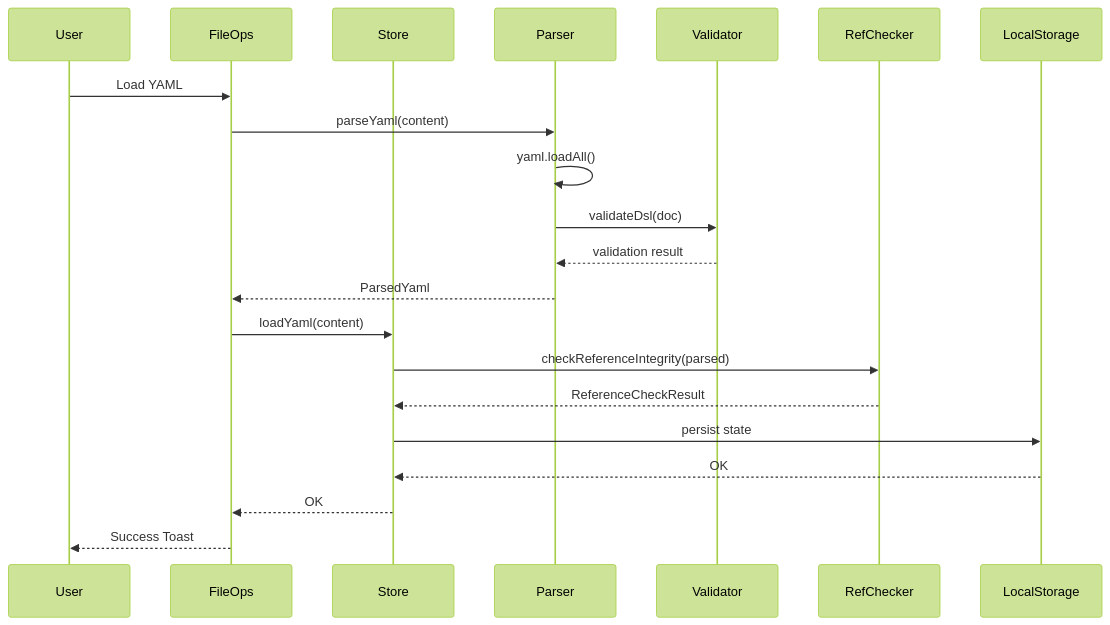
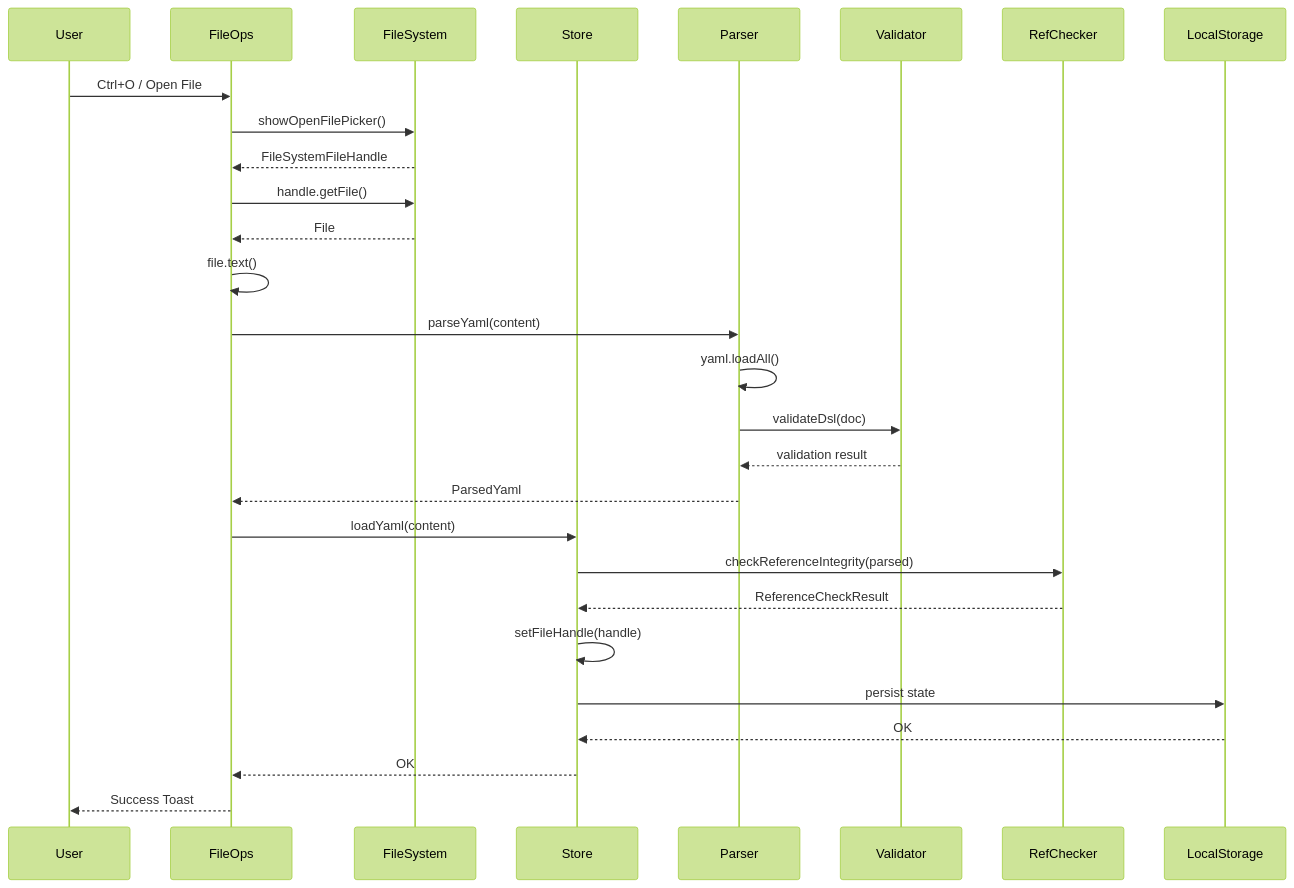
One commit to suwa-sh/enablement-map-studio changed the sixth of 9 diagrams in ARCHITECTURE.md. Above: the diagram before and after it, drawn with Mermaid (forest theme). The commit also changed other lines of this file and 3 other files, not shown here.

````diff
--- a/ARCHITECTURE.md
+++ b/ARCHITECTURE.md
@@ -234,24 +218,31 @@
 ```mermaid
 sequenceDiagram
     participant User
     participant FileOps
+    participant FileSystem
     participant Store
     participant Parser
     participant Validator
     participant RefChecker
     participant LocalStorage
 
-    User->>FileOps: Load YAML
+    User->>FileOps: Ctrl+O / Open File
+    FileOps->>FileSystem: showOpenFilePicker()
+    FileSystem-->>FileOps: FileSystemFileHandle
+    FileOps->>FileSystem: handle.getFile()
+    FileSystem-->>FileOps: File
+    FileOps->>FileOps: file.text()
     FileOps->>Parser: parseYaml(content)
     Parser->>Parser: yaml.loadAll()
     Parser->>Validator: validateDsl(doc)
     Validator-->>Parser: validation result
     Parser-->>FileOps: ParsedYaml
     FileOps->>Store: loadYaml(content)
     Store->>RefChecker: checkReferenceIntegrity(parsed)
     RefChecker-->>Store: ReferenceCheckResult
+    Store->>Store: setFileHandle(handle)
     Store->>LocalStorage: persist state
     LocalStorage-->>Store: OK
     Store-->>FileOps: OK
     FileOps-->>User: Success Toast
 ```
````
